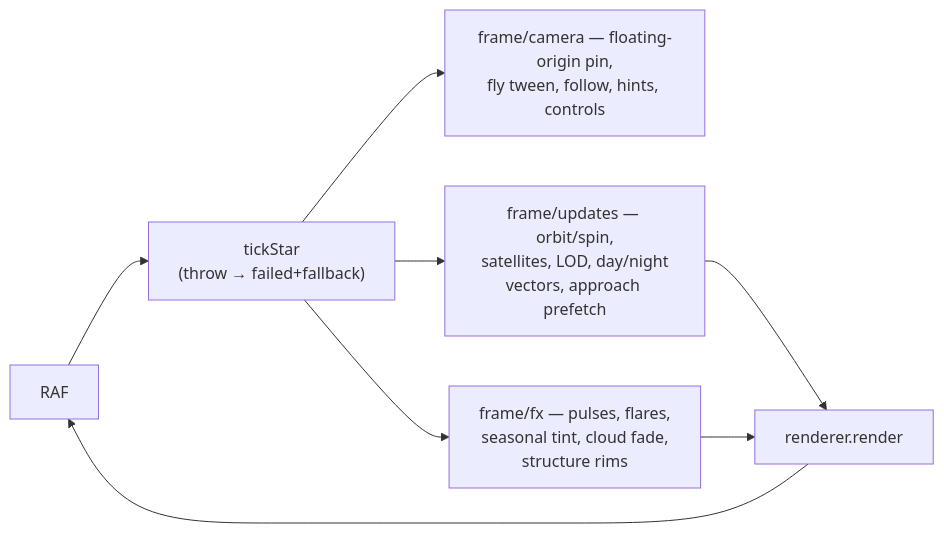
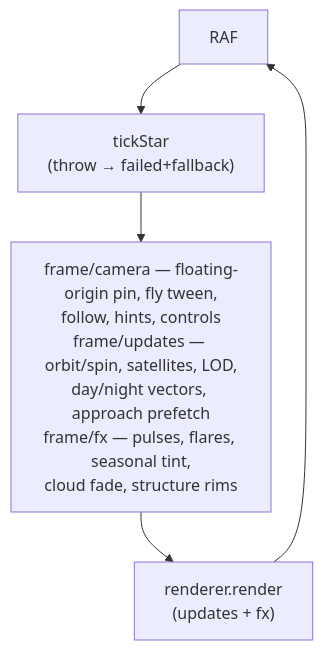
One commit to LuisKrotz/luiskr.com-V3-shared changed the sixth of 8 diagrams in docs/architecture/star-field.md. Above: the diagram before and after it, drawn with Mermaid. The commit also changed other lines of this file and 24 other files, not shown here.

First line of the commit message:
feat: live-translated locale pages at public paths + vertical mermaid

````diff
--- a/docs/architecture/star-field.md
+++ b/docs/architecture/star-field.md
@@ -324,10 +284,7 @@
 ```mermaid
-flowchart LR
+flowchart TB
     RAF["RAF"] --> TICK["tickStar<br/>(throw → failed+fallback)"]
-    TICK --> CAM["frame/camera — floating-origin pin,<br/>fly tween, follow, hints, controls"]
-    TICK --> UPD["frame/updates — orbit/spin,<br/>satellites, LOD, day/night<br/>vectors, approach prefetch"]
-    TICK --> FX["frame/fx — pulses, flares,<br/>seasonal tint, cloud fade,<br/>structure rims"]
-    UPD --> REN["renderer.render"]
-    FX --> REN
+    TICK --> STAGES["frame/camera — floating-origin pin, fly tween,<br/>follow, hints, controls<br/>frame/updates — orbit/spin, satellites, LOD,<br/>day/night vectors, approach prefetch<br/>frame/fx — pulses, flares, seasonal tint,<br/>cloud fade, structure rims"]
+    STAGES --> REN["renderer.render<br/>(updates + fx)"]
     REN --> RAF
 ```
````
